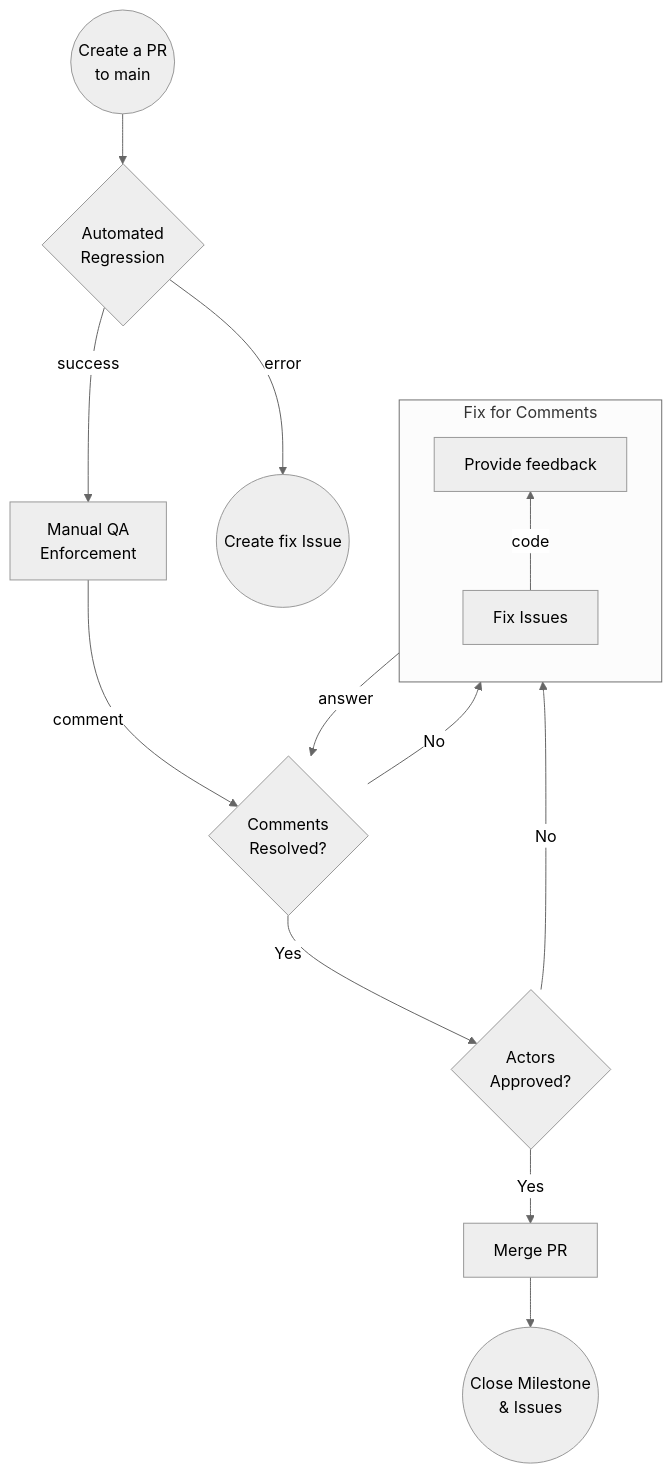
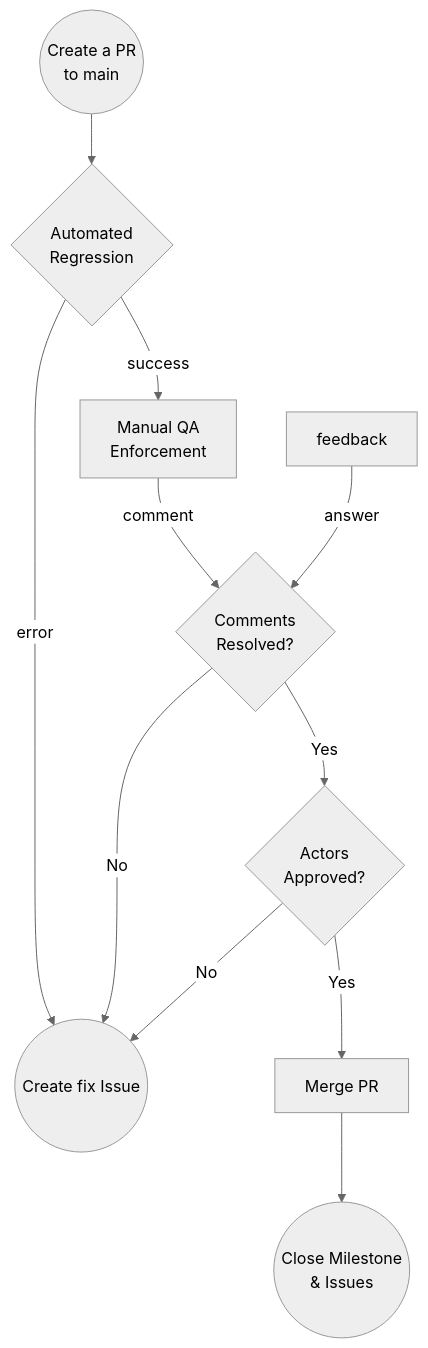
One commit to pokt-network/pocket changed the diagram in docs/contributing/contribution/merge.md. Above: the diagram before and after it, drawn with Mermaid (neutral theme). The commit also changed other lines of this file, not shown here.

Commit message:
Fix Milestone description template to be smaller and add details about PR fields

````diff
--- a/docs/contributing/contribution/merge.md
+++ b/docs/contributing/contribution/merge.md
@@ -3,23 +3,17 @@
 ```mermaid
 flowchart TB
+  fix((Create fix Issue))
   pr((Create a PR<br>to main))
   pr --> testing{Automated<br>Regression}
-  testing --> |error| error((Create fix Issue))
+  testing --> |error| fix
   testing --> |success| qa[Manual QA<br>Enforcement]
   qa --> |comment| review{Comments<br>Resolved?}
   
-  review --> |No| code
+  review --> |No| fix
 	feedback --> |answer| review
 
   review --> |Yes| approvals{Actors<br>Approved?}
-  approvals --> |No| code
+  approvals --> |No| fix
   approvals --> |Yes| merge[Merge PR]
   merge --> close((Close Milestone<br>& Issues))
-
-  subgraph fix [Fix for Comments]
-		direction BT
-    code[Fix Issues]
-		feedback[Provide feedback]
-    code --> |code| feedback
-  end
 ```
````
